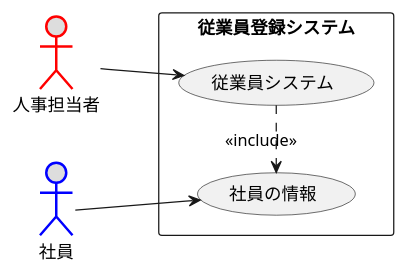
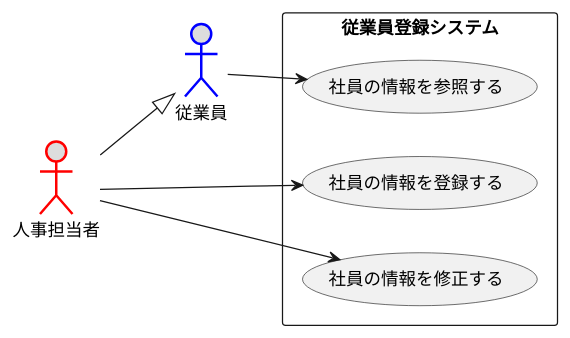
Before and after one commit to Sreia1129/uml-introduction: the diagram in 演習2-6_森岡システム_従業員登録システム.pu, drawn with PlantUML. The commit also changed 1 other file, not shown here.

```diff
--- a/演習2-6_森岡システム_従業員登録システム.pu
+++ b/演習2-6_森岡システム_従業員登録システム.pu
@@ -1,14 +1,14 @@
 @startuml ユースケース図
 left to right direction
 actor 人事担当者 #DDDDDD;line:Red;line.bold;
-actor 社員 #DDDDDD;line:Blue;line.bold;
+actor 従業員 #DDDDDD;line:Blue;line.bold;
 rectangle 従業員登録システム {
-usecase 社員の情報
-usecase 従業員システム
+    usecase 社員の情報を参照する 
+    usecase 社員の情報を登録する 
+    usecase 社員の情報を修正する
 }
-人事担当者 --> 従業員システム
-社員 --> 社員の情報
-従業員システム.> 社員の情報: << include >>
-
-
+従業員 --> 社員の情報を参照する
+人事担当者--> 社員の情報を修正する
+人事担当者 --> 社員の情報を登録する
+人事担当者 --|> 従業員
 @enduml
```
